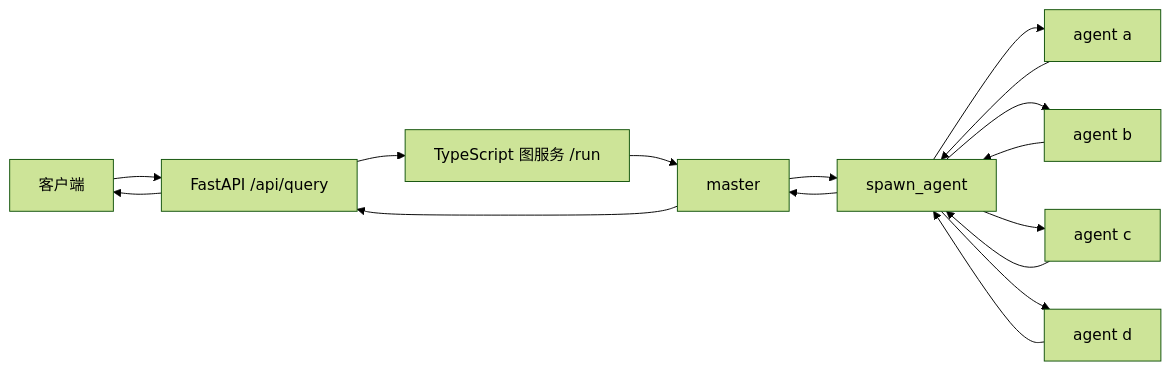
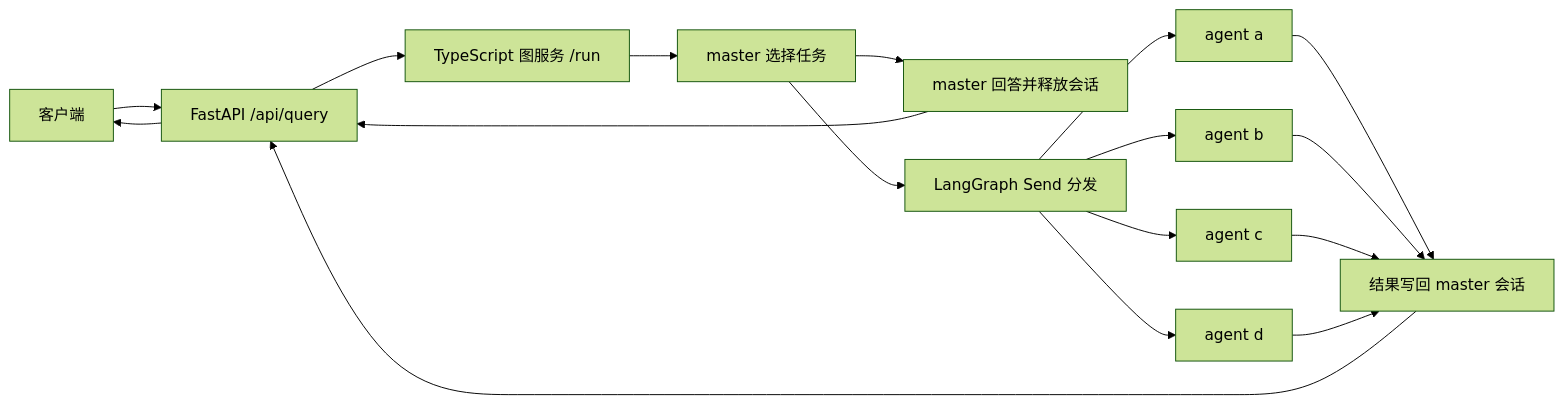
One commit to zhexusun10/Multi-Agent-Assistance-System changed the diagram in README.md. Above: the diagram before and after it, drawn with Mermaid (forest theme). The commit also changed other lines of this file and 6 other files, not shown here.

````diff
--- a/README.md
+++ b/README.md
@@ -9,18 +9,19 @@
 ```mermaid
 flowchart LR
     U[客户端] --> F[FastAPI /api/query]
     F --> S[TypeScript 图服务 /run]
-    S --> M[master]
-    M --> T[spawn_agent]
+    S --> M[master 选择任务]
+    M --> R[master 回答并释放会话]
+    M --> T[LangGraph Send 分发]
     T --> A[agent a]
     T --> B[agent b]
     T --> C[agent c]
     T --> D[agent d]
-    A --> T
-    B --> T
-    C --> T
-    D --> T
-    T --> M
-    M --> F
+    A --> J[结果写回 master 会话]
+    B --> J
+    C --> J
+    D --> J
+    R --> F
+    J --> F
     F --> U
 ```
````
